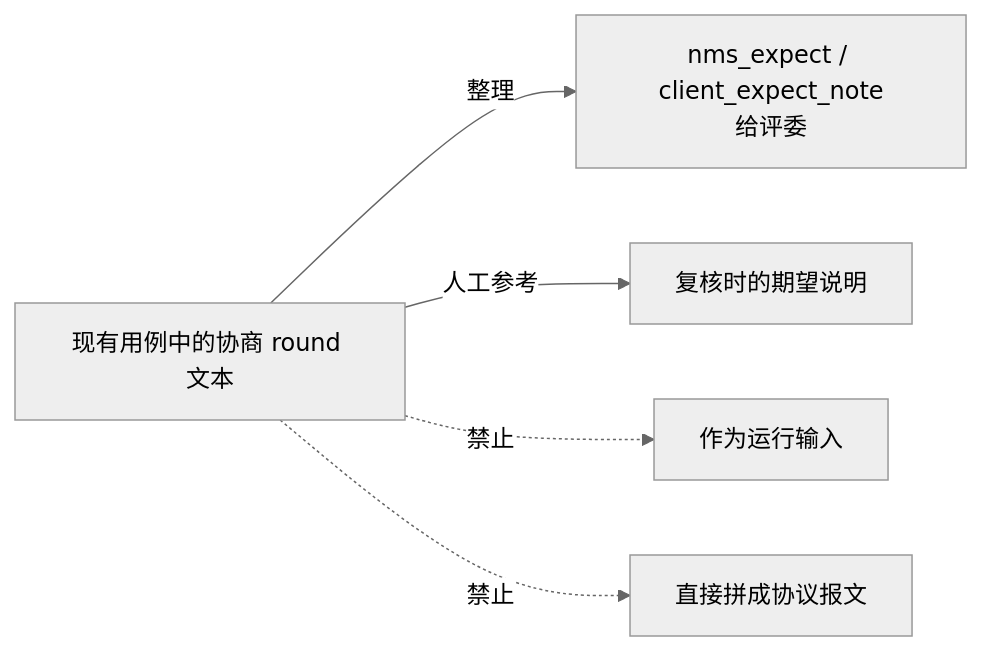
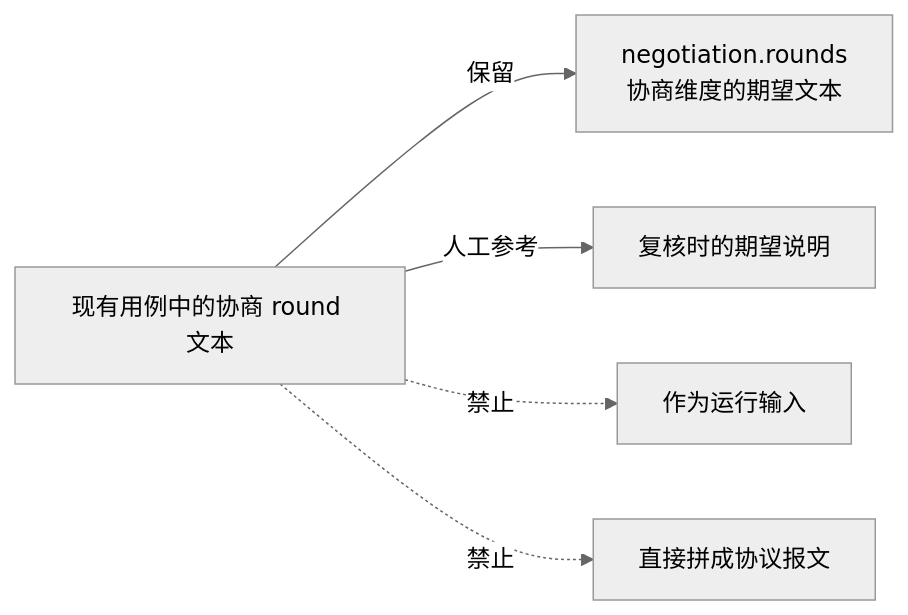
The eighth of 12 diagrams in a2a-t-sample/ran-energy-saving/TESTER-ARCHITECTURE.md (project-openan/a2a-t-sdk-python), drawn with Mermaid (neutral theme) before and after one commit. The commit also changed other lines of this file, not shown here.

Commit message:
docs(ran-energy-saving): keep the existing case schema and assertions

````diff
--- a/a2a-t-sample/ran-energy-saving/TESTER-ARCHITECTURE.md
+++ b/a2a-t-sample/ran-energy-saving/TESTER-ARCHITECTURE.md
@@ -369,7 +415,7 @@
 ```mermaid
 flowchart LR
-  Q["现有用例中的协商 round 文本"] -->|整理| O["nms_expect / client_expect_note<br/>给评委"]
+  Q["现有用例中的协商 round 文本"] -->|保留| O["negotiation.rounds<br/>协商维度的期望文本"]
   Q -->|人工参考| H["复核时的期望说明"]
   Q -.->|禁止| B["作为运行输入"]
   Q -.->|禁止| A["直接拼成协议报文"]
 ```
````
